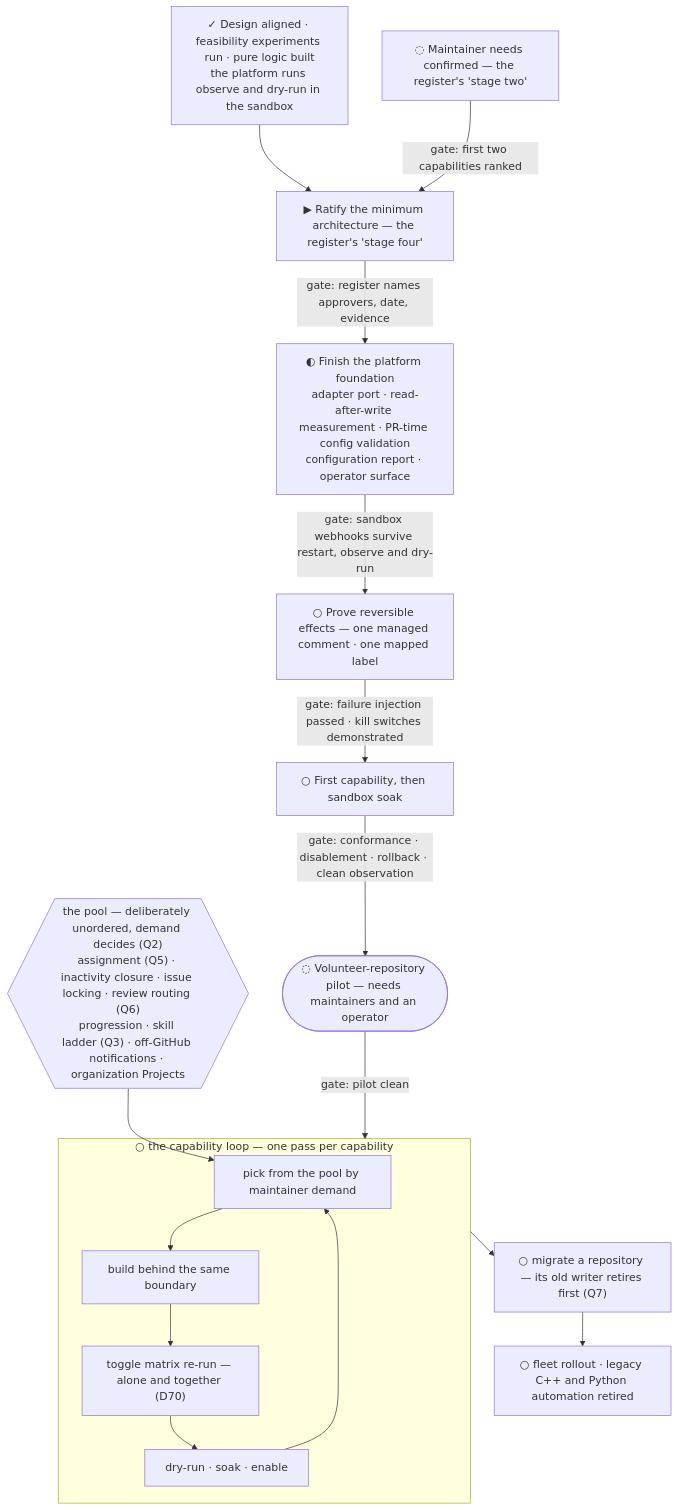
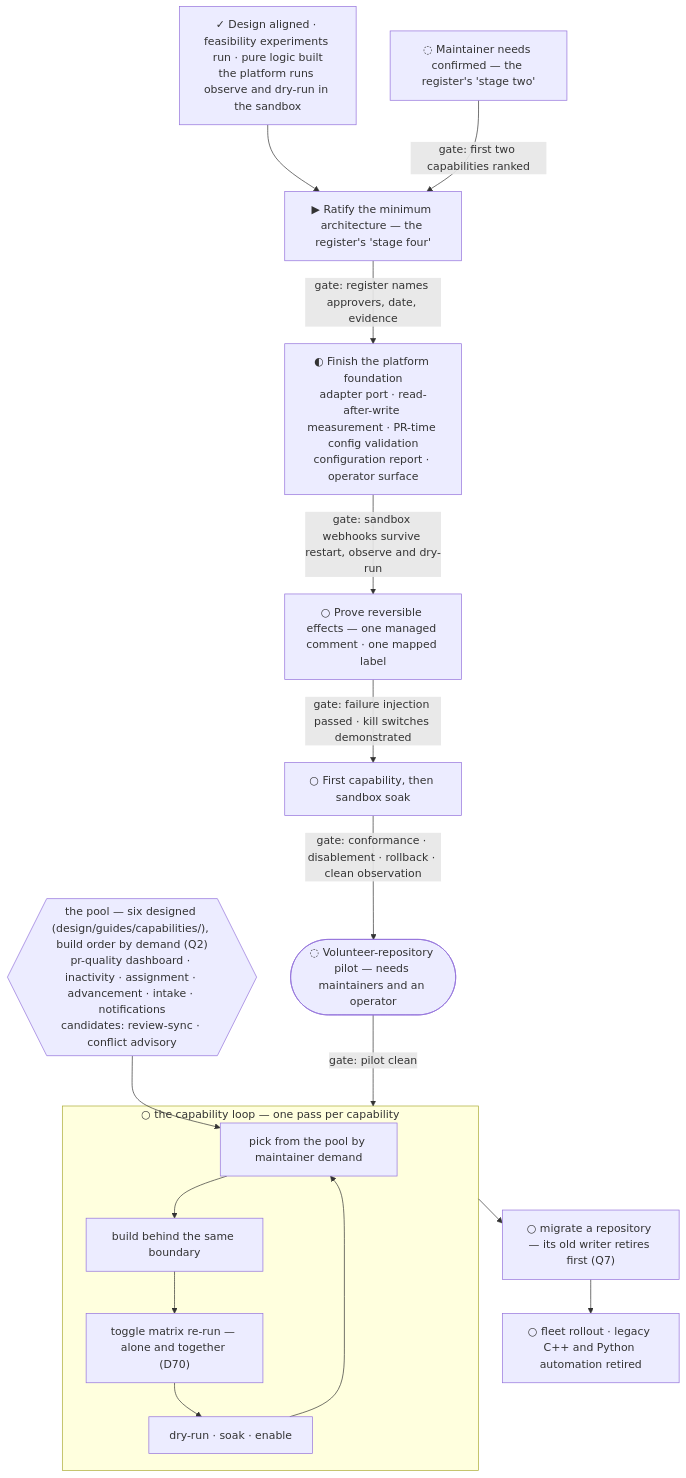
The diagram in design/build-plan.md (exploreriii/sdk-automations), drawn with Mermaid before and after one commit. The commit also changed 3 other files, not shown here.

````diff
--- a/design/build-plan.md
+++ b/design/build-plan.md
@@ -5,35 +5,35 @@
 ```mermaid
 flowchart TD
     DONE["✓ Design aligned · feasibility experiments run · pure logic built<br/>the platform runs observe and dry-run in the sandbox"]
     NEEDS["◌ Maintainer needs confirmed — the register's 'stage two'"]
     RAT["▶ Ratify the minimum architecture — the register's 'stage four'"]
     PLAT["◐ Finish the platform foundation<br/>adapter port · read-after-write measurement · PR-time config validation<br/>configuration report · operator surface"]
     FX["○ Prove reversible effects — one managed comment · one mapped label"]
     SOAK["○ First capability, then sandbox soak"]
     PILOT(["◌ Volunteer-repository pilot — needs maintainers and an operator"])
 
     DONE --> RAT
     NEEDS -->|"gate: first two capabilities ranked"| RAT
     RAT -->|"gate: register names approvers, date, evidence"| PLAT
     PLAT -->|"gate: sandbox webhooks survive restart, observe and dry-run"| FX
     FX -->|"gate: failure injection passed · kill switches demonstrated"| SOAK
     SOAK -->|"gate: conformance · disablement · rollback · clean observation"| PILOT
 
-    POOL{{"the pool — deliberately unordered, demand decides (Q2)<br/>assignment (Q5) · inactivity closure · issue locking · review routing (Q6)<br/>progression · skill ladder (Q3) · off-GitHub notifications · organization Projects"}}
+    POOL{{"the pool — six designed (design/guides/capabilities/), build order by demand (Q2)<br/>pr-quality dashboard · inactivity · assignment · advancement · intake · notifications<br/>candidates: review-sync · conflict advisory"}}
 
     subgraph LOOP ["○ the capability loop — one pass per capability"]
         PICK["pick from the pool by maintainer demand"]
         BUILD["build behind the same boundary"]
         MATRIX["toggle matrix re-run — alone and together (D70)"]
         CSOAK["dry-run · soak · enable"]
         PICK --> BUILD
         BUILD --> MATRIX
         MATRIX --> CSOAK
         CSOAK --> PICK
     end
 
     PILOT -->|"gate: pilot clean"| LOOP
     POOL --> PICK
     LOOP --> MIG["○ migrate a repository — its old writer retires first (Q7)"]
     MIG --> FLEET["○ fleet rollout · legacy C++ and Python automation retired"]
 ```
````
